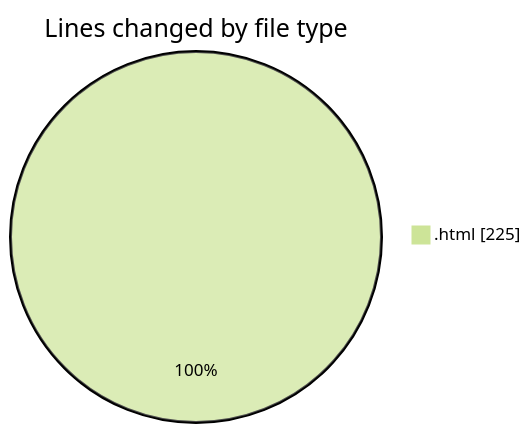
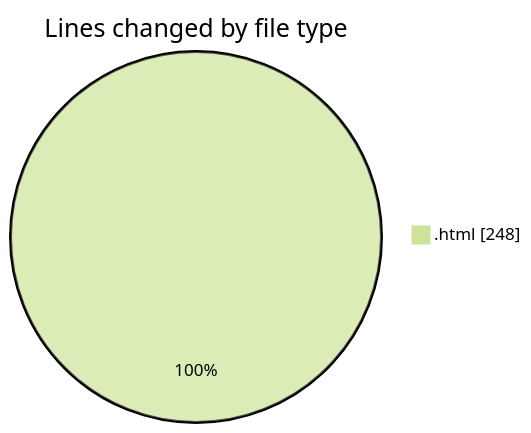
One commit to Unknowalive/code-tracking changed the first of 2 diagrams in 2026-08-20/lab2/README.md. Above: the diagram before and after it, drawn with Mermaid (forest theme). The commit also changed other lines of this file and 1 other file, not shown here.

````diff
--- a/2026-08-20/lab2/README.md
+++ b/2026-08-20/lab2/README.md
@@ -26,5 +26,5 @@
 ```mermaid
 pie showData
 title Lines changed by file type
-".html" : 225
+".html" : 248
 ```
````
